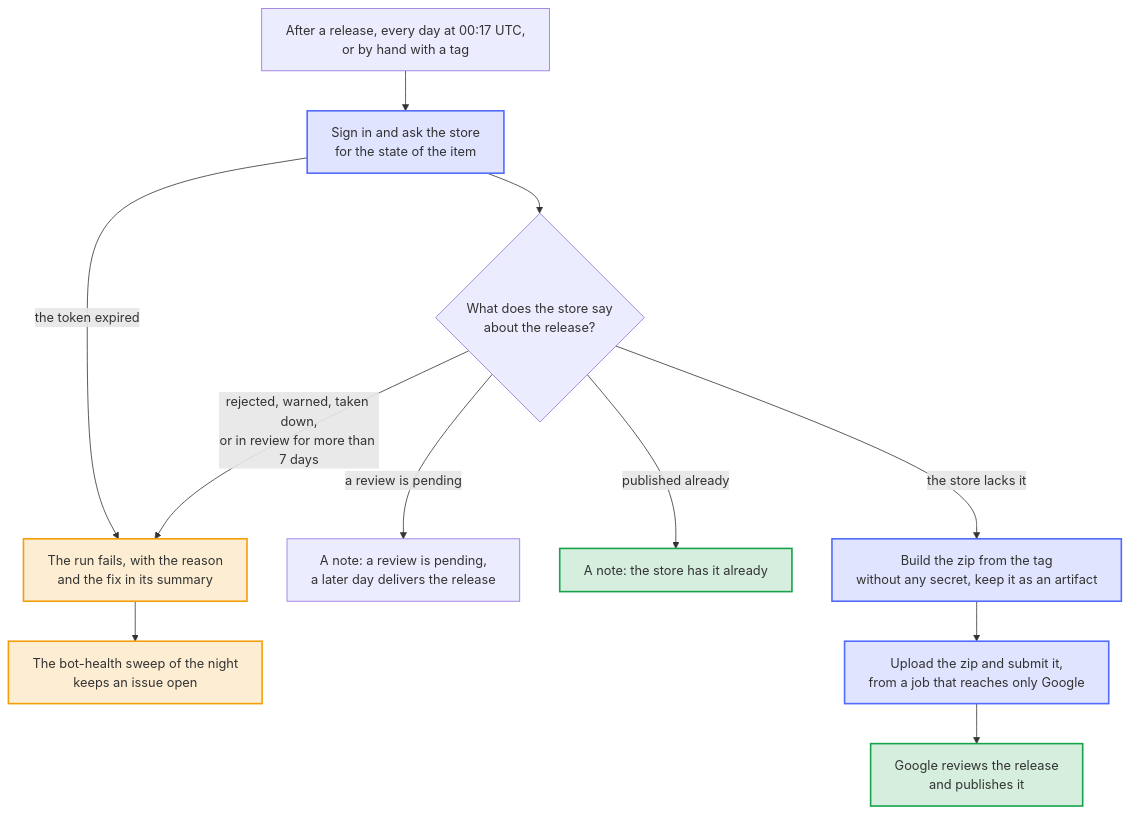
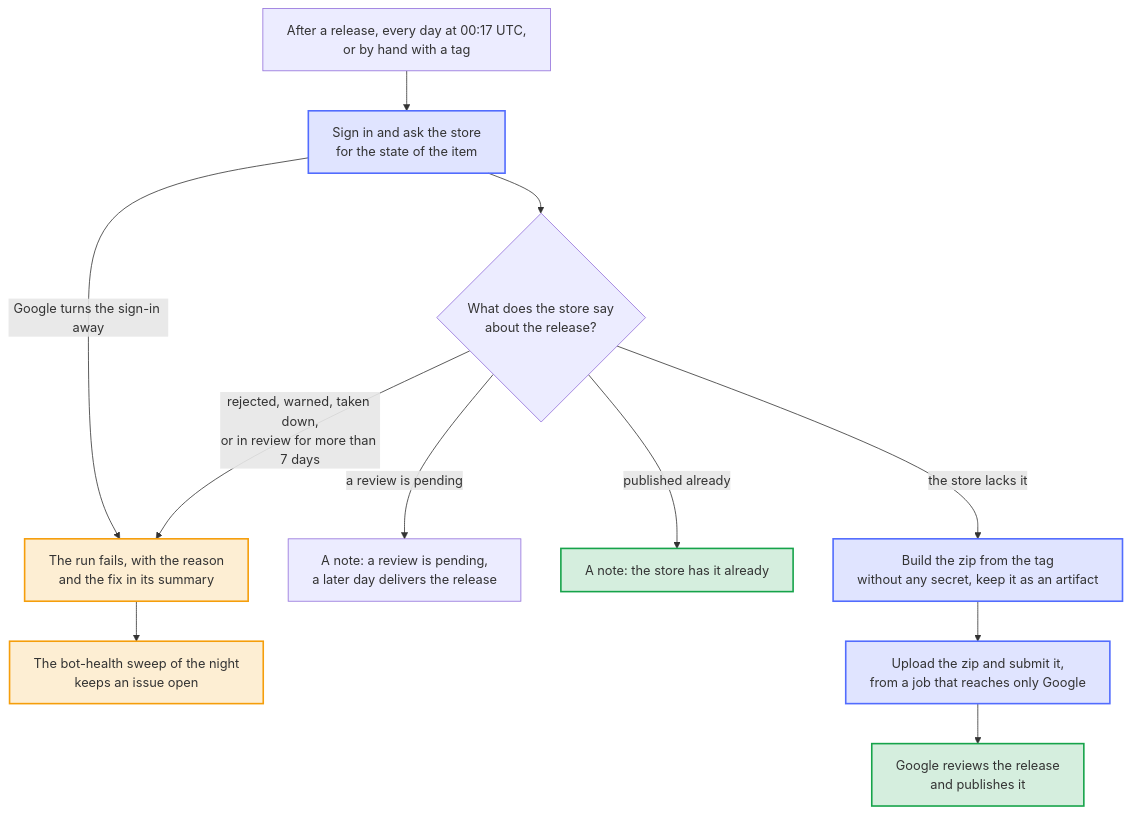
Before and after one commit to Dennis-Otto/player-switch-for-autodarts: the diagram in docs/diagrams/store-delivery.mmd, drawn with Mermaid. The commit also changed 16 other files, not shown here.

First line of the commit message:
ci(store): publish with GitHub OIDC and a service account instead of a stored refresh token (#78)

```diff
--- a/docs/diagrams/store-delivery.mmd
+++ b/docs/diagrams/store-delivery.mmd
@@ -1,34 +1,34 @@
 ---
 config:
   flowchart:
     wrappingWidth: 400
 ---
 flowchart TB
     accTitle: How a release reaches the Chrome Web Store
-    accDescr: After every release, every day at 00:17 UTC and when started by hand with a tag, the workflow signs in to the Chrome Web Store and asks for the state of the item. A refresh token that Google turns away, a rejected release, a warning, a takedown or a review of more than 7 days fail the run, with the reason and the fix in its summary, and the bot-health sweep of the night keeps an issue open. While a review is pending, the run ends with a note, and a later day delivers the release. When the store has the release already, nothing happens. Otherwise a job without any secret builds the zip from the tag and keeps it as an artifact, and a job that reaches only Google uploads it and submits it for review.
+    accDescr: After every release, every day at 00:17 UTC and when started by hand with a tag, the workflow signs in to the Chrome Web Store and asks for the state of the item. A sign-in that Google turns away, a rejected release, a warning, a takedown or a review of more than 7 days fail the run, with the reason and the fix in its summary, and the bot-health sweep of the night keeps an issue open. While a review is pending, the run ends with a note, and a later day delivers the release. When the store has the release already, nothing happens. Otherwise a job without any secret builds the zip from the tag and keeps it as an artifact, and a job that reaches only Google uploads it and submits it for review.
 
     start["After a release, every day at 00:17 UTC,<br>or by hand with a tag"]
     ask["Sign in and ask the store<br>for the state of the item"]
     decide{"What does the store say<br>about the release?"}
     fail["The run fails, with the reason<br>and the fix in its summary"]
     issue["The bot-health sweep of the night<br>keeps an issue open"]
     wait["A note: a review is pending,<br>a later day delivers the release"]
     has["A note: the store has it already"]
     package["Build the zip from the tag<br>without any secret, keep it as an artifact"]
     store["Upload the zip and submit it,<br>from a job that reaches only Google"]
     review["Google reviews the release<br>and publishes it"]
 
     start --> ask --> decide
-    ask -- "the token expired" --> fail
+    ask -- "Google turns the sign-in away" --> fail
     decide -- "rejected, warned, taken down,<br>or in review for more than 7 days" --> fail
     decide -- "a review is pending" --> wait
     decide -- "published already" --> has
     decide -- "the store lacks it" --> package --> store --> review
     fail --> issue
 
     classDef bot fill:#526cfe2e,stroke:#526cfe,stroke-width:2px
     classDef done fill:#16a34a2e,stroke:#16a34a,stroke-width:2px
     classDef person fill:#f59e0b2e,stroke:#f59e0b,stroke-width:2px
     class ask,package,store bot
     class has,review done
     class fail,issue person
```
